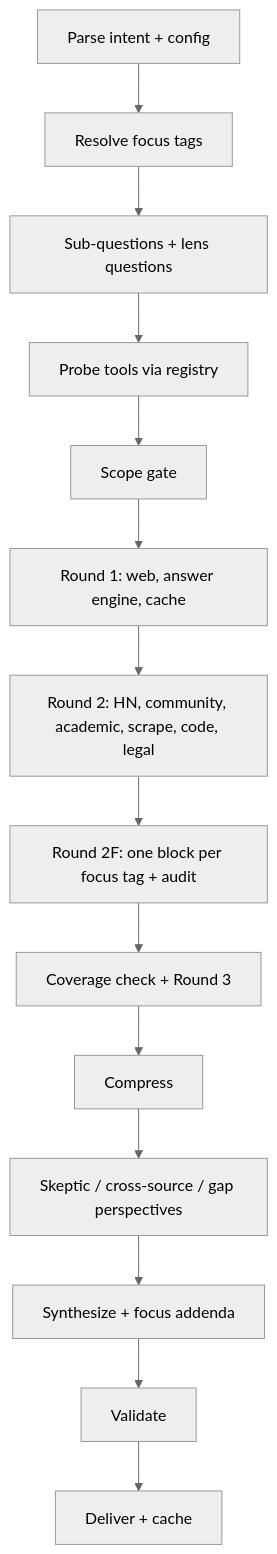
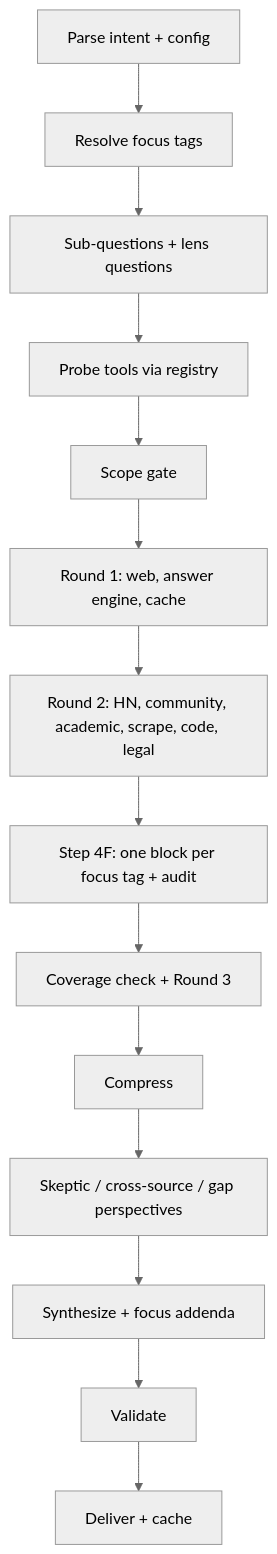
One commit to 7alexhale5-rgb/research-stack changed the diagram in README.md. Above: the diagram before and after it, drawn with Mermaid (neutral theme). The commit also changed 12 other files, not shown here.

````diff
--- a/README.md
+++ b/README.md
@@ -46,16 +46,16 @@
 ```mermaid
 flowchart TD
     A[Parse intent + config] --> B[Resolve focus tags]
     B --> C[Sub-questions + lens questions]
     C --> D[Probe tools via registry]
     D --> E[Scope gate]
     E --> F[Round 1: web, answer engine, cache]
     F --> G[Round 2: HN, community, academic, scrape, code, legal]
-    G --> H[Round 2F: one block per focus tag + audit]
+    G --> H[Step 4F: one block per focus tag + audit]
     H --> I[Coverage check + Round 3]
     I --> J[Compress]
     J --> K[Skeptic / cross-source / gap perspectives]
     K --> L[Synthesize + focus addenda]
     L --> M[Validate]
     M --> N[Deliver + cache]
 ```
````
